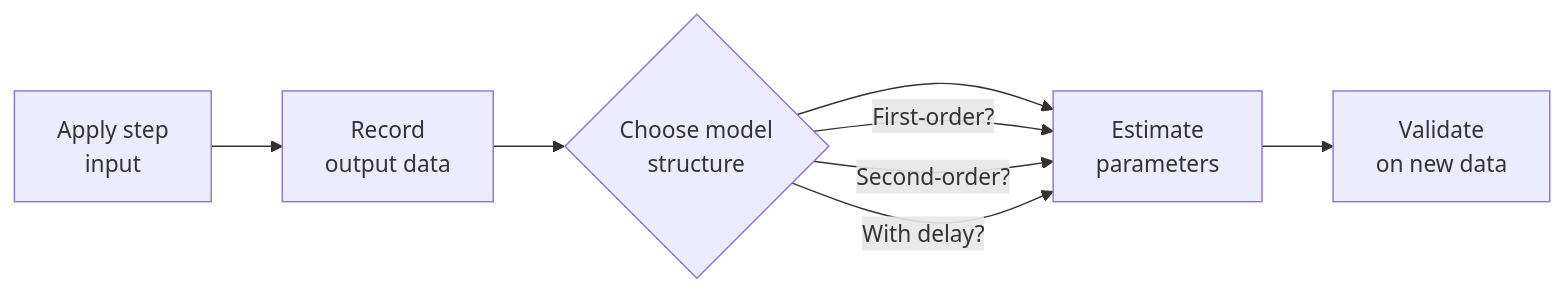
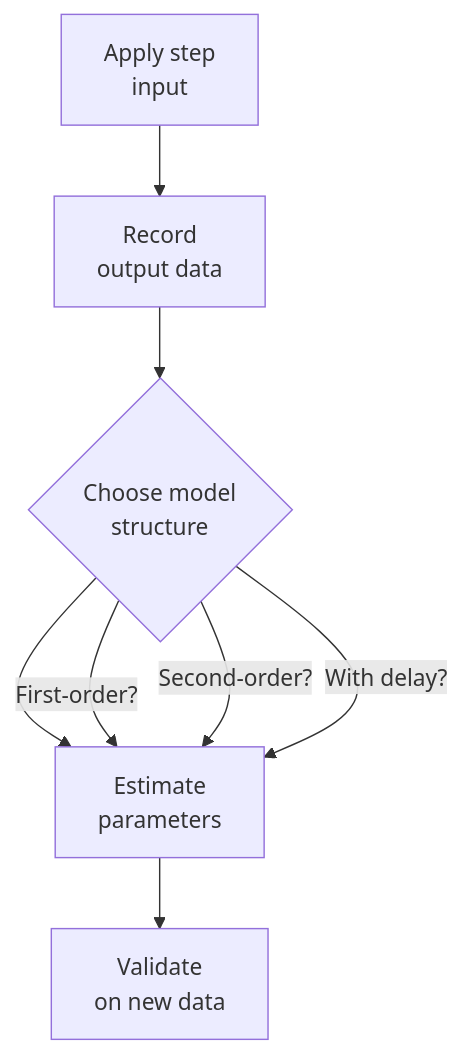
One commit to SiliconWit/modeling-and-simulation changed the diagram in system-identification-measured-data.mdx. Above: the diagram before and after it, drawn with Mermaid. The commit also changed 1 other file, not shown here.

Commit message:
Convert horizontal mermaid flowcharts to vertical for better mobile readability

````diff
--- a/system-identification-measured-data.mdx
+++ b/system-identification-measured-data.mdx
@@ -35,10 +35,10 @@
 ```mermaid
-flowchart LR
+flowchart TD
     A[Apply step\ninput] --> B[Record\noutput data]
     B --> C{Choose model\nstructure}
     C --> D[Estimate\nparameters]
     D --> E[Validate\non new data]
     C -- First-order? --> D
     C -- Second-order? --> D
     C -- With delay? --> D
 ```
````
